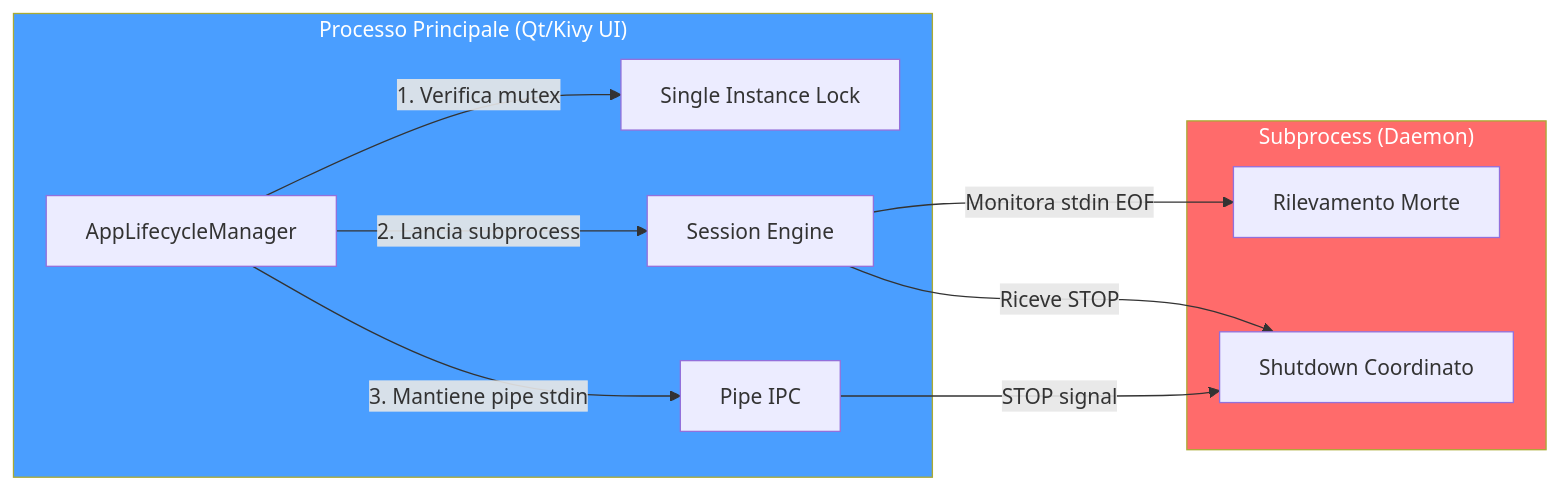
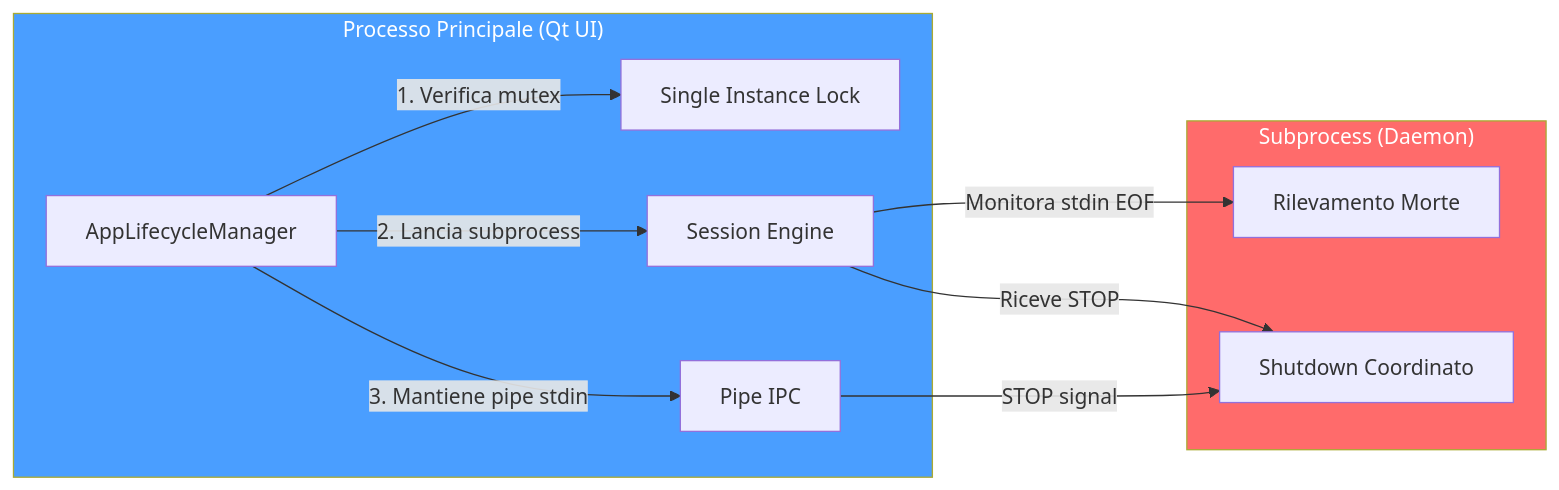
One commit to renanaugustomacena-ux/Counter-Strike-coach-AI changed the tenth of 53 diagrams in docs/books/Book-Coach-3.md. Above: the diagram before and after it, drawn with Mermaid. The commit also changed other lines of this file and 2 other files, not shown here.

First line of the commit message:
docs: update Book-Coach-3 trilogy — remove Kivy, fix screen/test counts

````diff
--- a/docs/books/Book-Coach-3.md
+++ b/docs/books/Book-Coach-3.md
@@ -708,16 +672,16 @@
 ```mermaid
 flowchart LR
-    subgraph MAIN["Processo Principale (Qt/Kivy UI)"]
+    subgraph MAIN["Processo Principale (Qt UI)"]
         LIFE["AppLifecycleManager"]
         LIFE -->|"1. Verifica mutex"| LOCK["Single Instance Lock"]
         LIFE -->|"2. Lancia subprocess"| DAEMON["Session Engine"]
         LIFE -->|"3. Mantiene pipe stdin"| PIPE["Pipe IPC"]
     end
     subgraph BG["Subprocess (Daemon)"]
         DAEMON -->|"Monitora stdin EOF"| DETECT["Rilevamento Morte"]
         DAEMON -->|"Riceve STOP"| SHUT["Shutdown Coordinato"]
     end
     PIPE -->|"STOP signal"| SHUT
     style MAIN fill:#4a9eff,color:#fff
     style BG fill:#ff6b6b,color:#fff
 ```
````
